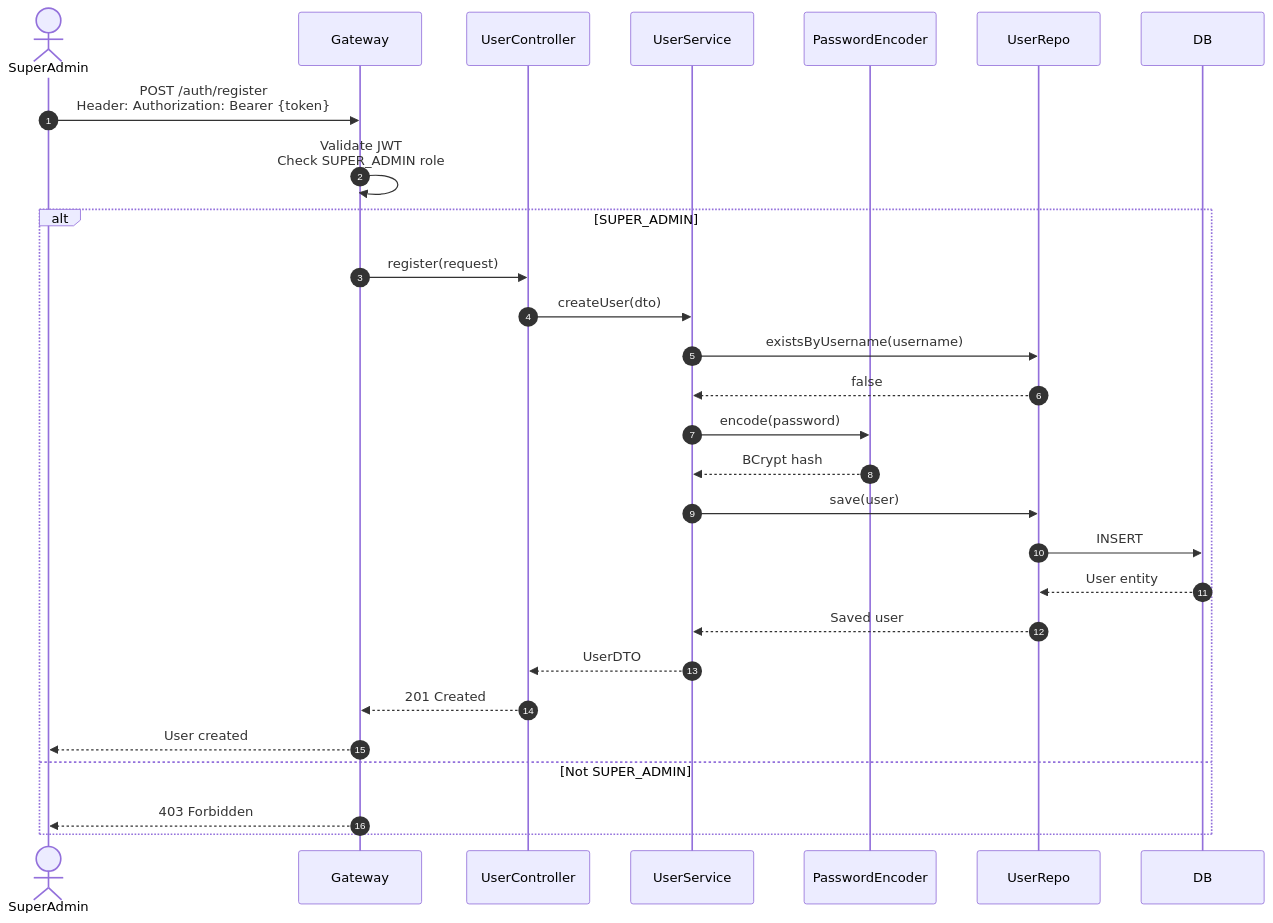
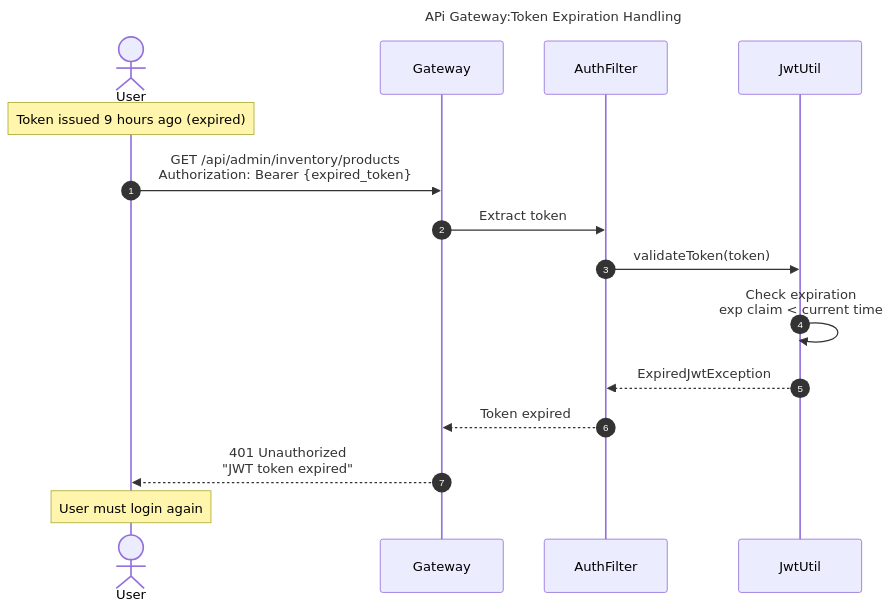
The fifth of 7 diagrams in Documentation/diagrams/api-gateway.md (BrunoGil-AS/Vending-Machine-Microservices), drawn with Mermaid before and after one commit. The commit also changed other lines of this file and 1 other file, not shown here.

Commit message:
styled diagrams

````diff
--- a/Documentation/diagrams/api-gateway.md
+++ b/Documentation/diagrams/api-gateway.md
@@ -276,36 +342,29 @@
 ```mermaid
+---
+title: "APi Gateway:Token Expiration Handling"
+displayMode: compact
+config:
+  theme: default
+  primaryColor: "#61ac61ff"
+---
 sequenceDiagram
     autonumber
-    actor SuperAdmin
+    actor User
     participant Gateway
-    participant UserController
-    participant UserService
-    participant PasswordEncoder
-    participant UserRepo
-    participant DB
+    participant AuthFilter
+    participant JwtUtil
 
-    SuperAdmin->>Gateway: POST /auth/register<br/>Header: Authorization: Bearer {token}
-    Gateway->>Gateway: Validate JWT<br/>Check SUPER_ADMIN role
+    Note over User: Token issued 9 hours ago (expired)
 
-    alt SUPER_ADMIN
-        Gateway->>UserController: register(request)
-        UserController->>UserService: createUser(dto)
+    User->>Gateway: GET /api/admin/inventory/products<br/>Authorization: Bearer {expired_token}
+    Gateway->>AuthFilter: Extract token
 
-        UserService->>UserRepo: existsByUsername(username)
-        UserRepo-->>UserService: false
+    AuthFilter->>JwtUtil: validateToken(token)
+    JwtUtil->>JwtUtil: Check expiration<br/>exp claim < current time
+    JwtUtil-->>AuthFilter: ExpiredJwtException
 
-        UserService->>PasswordEncoder: encode(password)
-        PasswordEncoder-->>UserService: BCrypt hash
+    AuthFilter-->>Gateway: Token expired
+    Gateway-->>User: 401 Unauthorized<br/>"JWT token expired"
 
-        UserService->>UserRepo: save(user)
-        UserRepo->>DB: INSERT
-        DB-->>UserRepo: User entity
-
-        UserRepo-->>UserService: Saved user
-        UserService-->>UserController: UserDTO
-        UserController-->>Gateway: 201 Created
-        Gateway-->>SuperAdmin: User created
-    else Not SUPER_ADMIN
-        Gateway-->>SuperAdmin: 403 Forbidden
-    end
+    Note over User: User must login again
 ```
````
